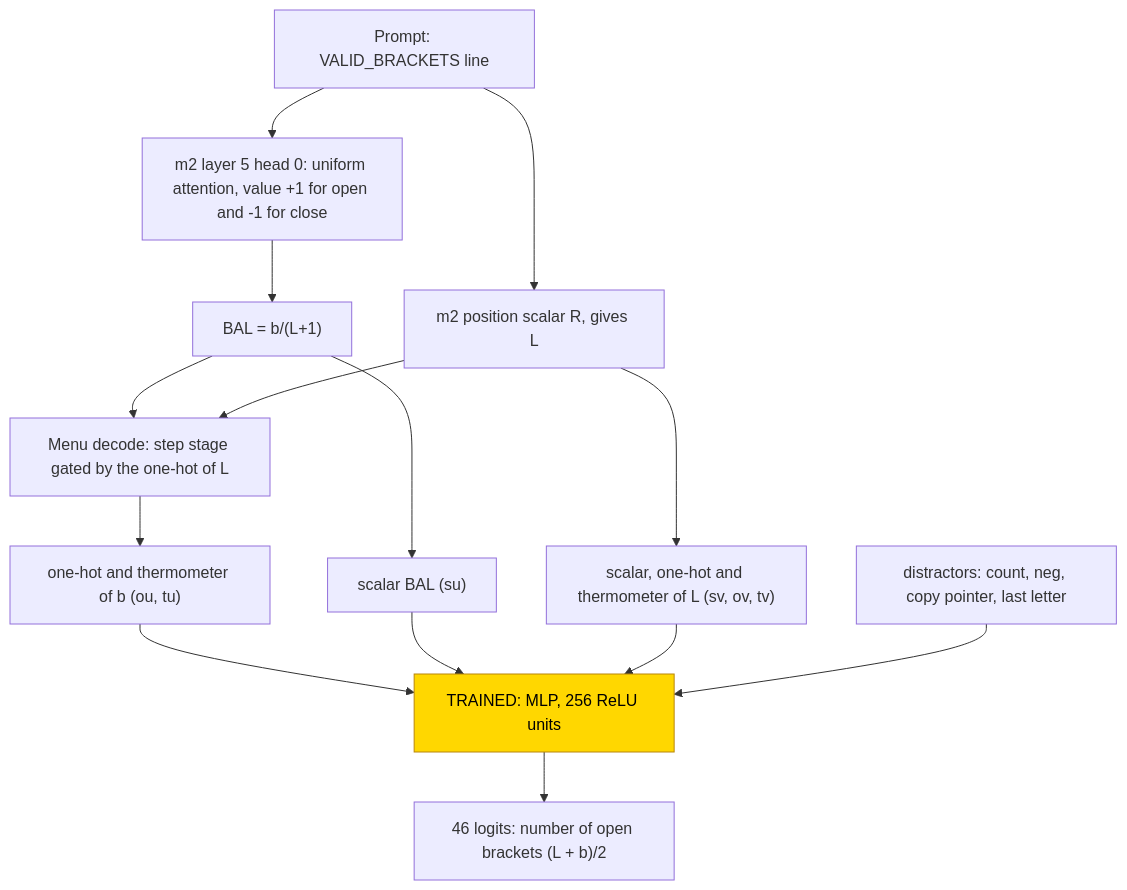
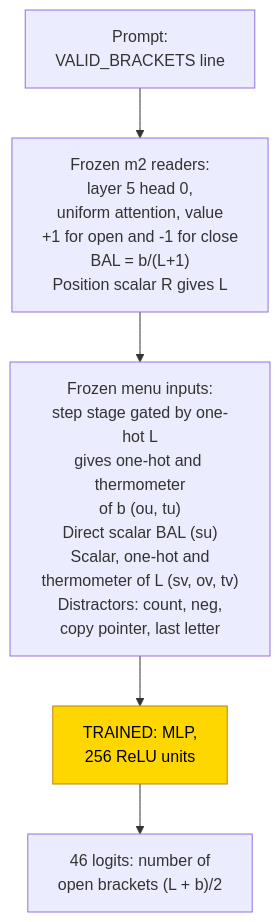
One commit to jc1122/mechanistic-interpretability-circuit-atlas changed the first of 2 diagrams in entries/open-bracket-count.md. Above: the diagram before and after it, drawn with Mermaid. The commit also changed other lines of this file and 40 other files, not shown here.

First line of the commit message:
Cold-reader pass on all 41 entries: reading routes, first-screen scopes, accessible diagrams, verified headline sources (ux_reader1/2)

````diff
--- a/entries/open-bracket-count.md
+++ b/entries/open-bracket-count.md
@@ -122,18 +124,11 @@
 ```mermaid
 flowchart TD
-    P["Prompt: VALID_BRACKETS line"] --> H["m2 layer 5 head 0: uniform attention, value +1 for open and -1 for close"]
-    H --> B["BAL = b/(L+1)"]
-    P --> R["m2 position scalar R, gives L"]
-    B --> D["Menu decode: step stage gated by the one-hot of L"]
-    R --> D
-    D --> OU["one-hot and thermometer of b (ou, tu)"]
-    B --> SU["scalar BAL (su)"]
-    R --> LB["scalar, one-hot and thermometer of L (sv, ov, tv)"]
-    OU --> M["TRAINED: MLP, 256 ReLU units"]
-    SU --> M
-    LB --> M
-    DS["distractors: count, neg, copy pointer, last letter"] --> M
-    M --> Y["46 logits: number of open brackets (L + b)/2"]
+    accTitle: Frozen bracket-depth and length features
+    accDescr: The hand-built base reads opening-minus-closing depth and line length, and the frozen menu re-encodes them. Only the final count MLP is trained; no hand-built count reader is supplied.
+    P["Prompt:<br/>VALID_BRACKETS line"] --> READ["Frozen m2 readers:<br/>layer 5 head 0,<br/>uniform attention, value<br/>+1 for open and -1 for close<br/>BAL = b/(L+1)<br/>Position scalar R gives L"]
+    READ --> MENU["Frozen menu inputs:<br/>step stage gated by one-hot L<br/>gives one-hot and thermometer<br/>of b (ou, tu)<br/>Direct scalar BAL (su)<br/>Scalar, one-hot and<br/>thermometer of L (sv, ov, tv)<br/>Distractors: count, neg,<br/>copy pointer, last letter"]
+    MENU --> M["TRAINED: MLP,<br/>256 ReLU units"]
+    M --> Y["46 logits: number of<br/>open brackets (L + b)/2"]
     classDef trained fill:gold,stroke:darkgoldenrod,color:black
     class M trained
 ```
````
